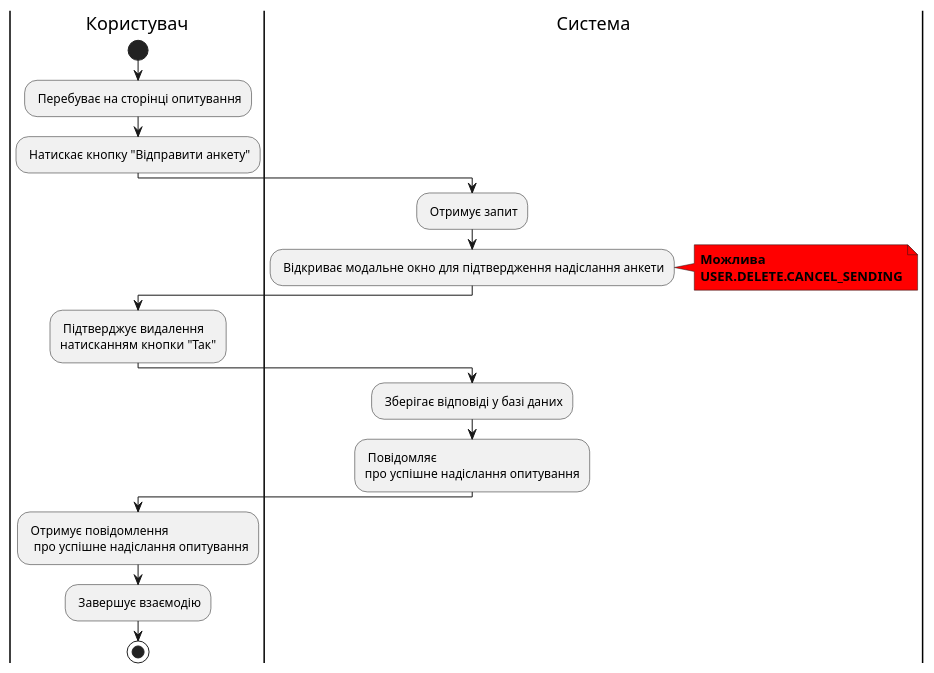
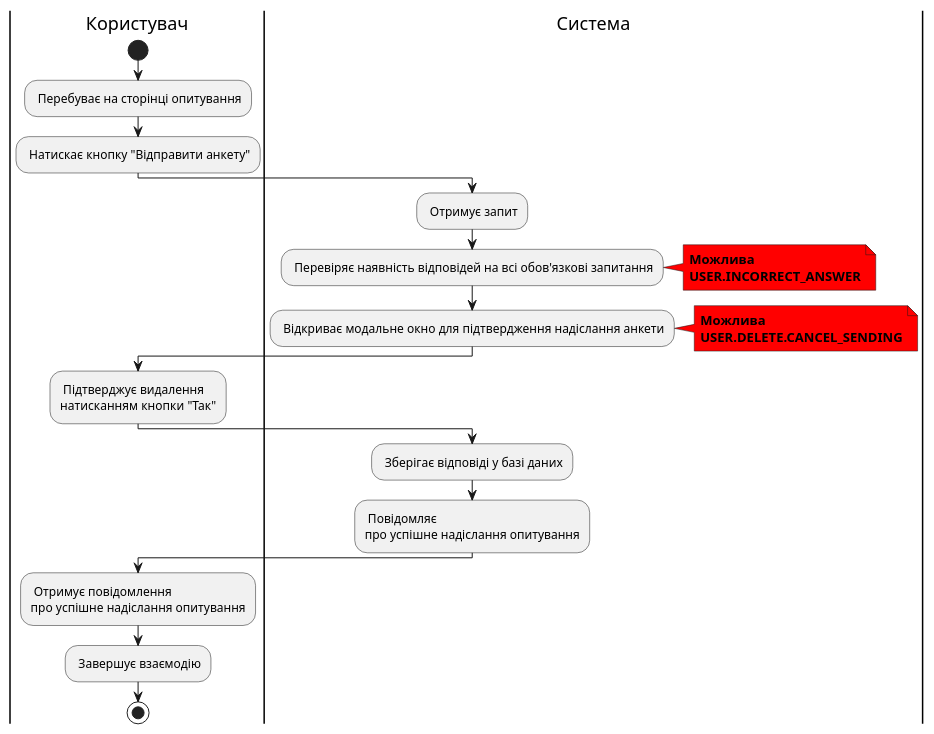
Diagram 11 of 22 in docs/use cases/README.md (michigang1/ImForms), drawn with PlantUML before and after one commit. The commit also changed other lines of this file, not shown here.

Commit message:
Lab 3 diagram editing

```diff
--- a/docs/use cases/README.md
+++ b/docs/use cases/README.md
@@ -479,30 +481,35 @@
 @startuml
 
 |Користувач|
 start
 : Перебуває на сторінці опитування;
 : Натискає кнопку "Відправити анкету";
 
 |Система|
 : Отримує запит;
+: Перевіряє наявність відповідей на всі обов'язкові запитання;
+note right #ff0000
+<b>Можлива</b>
+<b>USER.INCORRECT_ANSWER</b>
+end note
 : Відкриває модальне окно для підтвердження надіслання анкети;
 note right #ff0000
 <b>Можлива</b>
 <b>USER.DELETE.CANCEL_SENDING</b>
 end note
 
 |Користувач|
 : Підтверджує видалення
 натисканням кнопки "Так";
 
 |Система|
 : Зберігає відповіді у базі даних;
 : Повідомляє
 про успішне надіслання опитування;
 
 |Користувач|
 : Отримує повідомлення
-  про успішне надіслання опитування;
+про успішне надіслання опитування;
 : Завершує взаємодію;
 stop;
 @enduml
```
